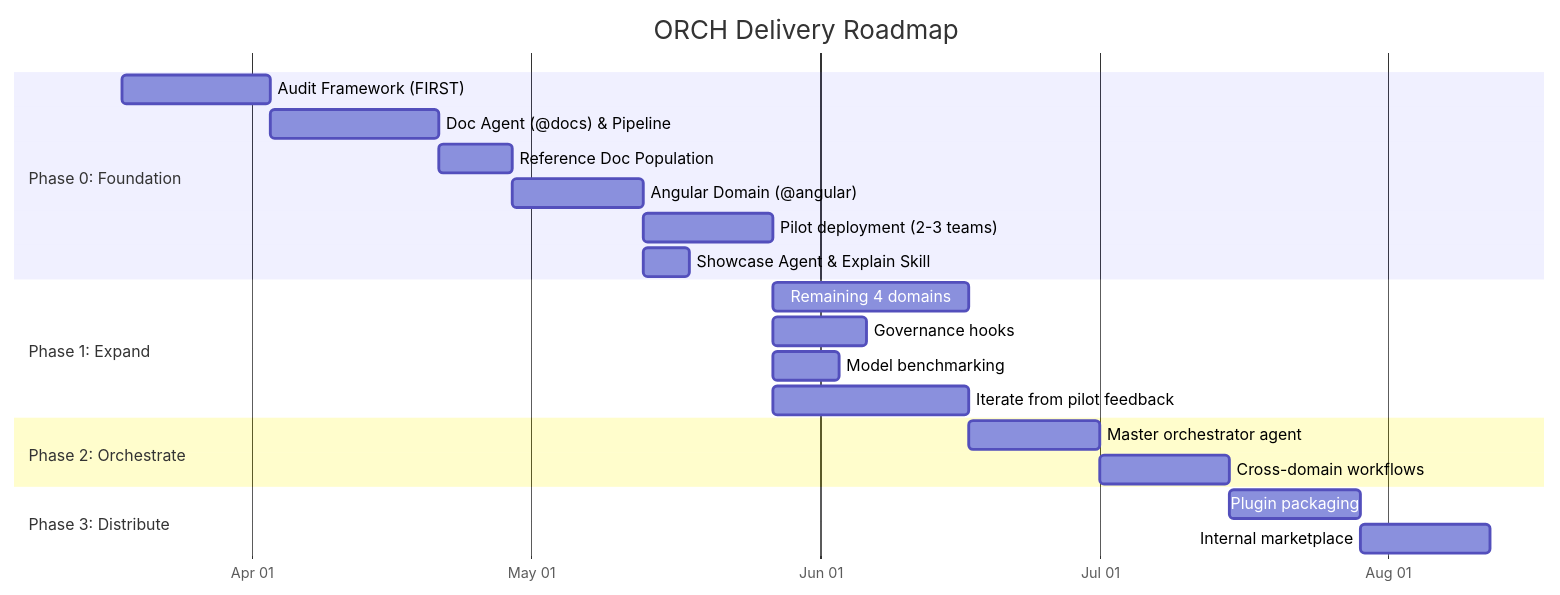
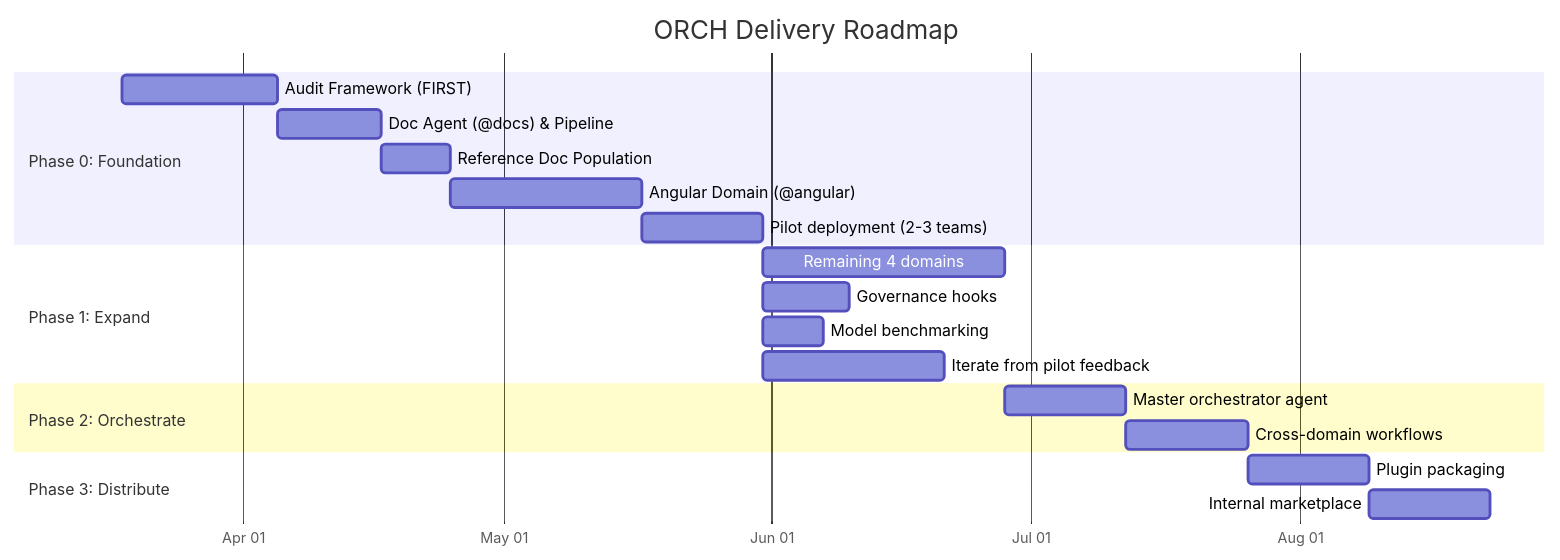
One commit to oneinthebox/vscode-ghcp-agents changed the diagram in docs/delivery.md. Above: the diagram before and after it, drawn with Mermaid. The commit also changed other lines of this file and 11 other files, not shown here.

````diff
--- a/docs/delivery.md
+++ b/docs/delivery.md
@@ -11,28 +11,27 @@
 ```mermaid
 gantt
     title ORCH Delivery Roadmap
     dateFormat YYYY-MM-DD
     axisFormat %b %d
 
     section Phase 0: Foundation
-    Audit Framework (FIRST)        :p0z, 2026-03-18, 16d
-    Doc Agent (@docs) & Pipeline    :p0a, after p0z, 18d
+    Audit Framework (FIRST)        :p0z, 2026-03-18, 18d
+    Doc Agent (@docs) & Pipeline    :p0a, after p0z, 12d
     Reference Doc Population       :p0r, after p0a, 8d
-    Angular Domain (@angular)      :p0b, after p0r, 14d
+    Angular Domain (@angular)      :p0b, after p0r, 22d
     Pilot deployment (2-3 teams)   :p0c, after p0b, 14d
-    Showcase Agent & Explain Skill :p0d, after p0b, 5d
 
     section Phase 1: Expand
-    Remaining 4 domains            :p1a, after p0c, 21d
+    Remaining 4 domains            :p1a, after p0c, 28d
     Governance hooks               :p1b, after p0c, 10d
     Model benchmarking             :p1d, after p0c, 7d
     Iterate from pilot feedback    :p1c, after p0c, 21d
 
     section Phase 2: Orchestrate
     Master orchestrator agent      :p2a, after p1a, 14d
     Cross-domain workflows         :p2b, after p2a, 14d
 
     section Phase 3: Distribute
     Plugin packaging               :p3a, after p2b, 14d
     Internal marketplace           :p3b, after p3a, 14d
 ```
````
